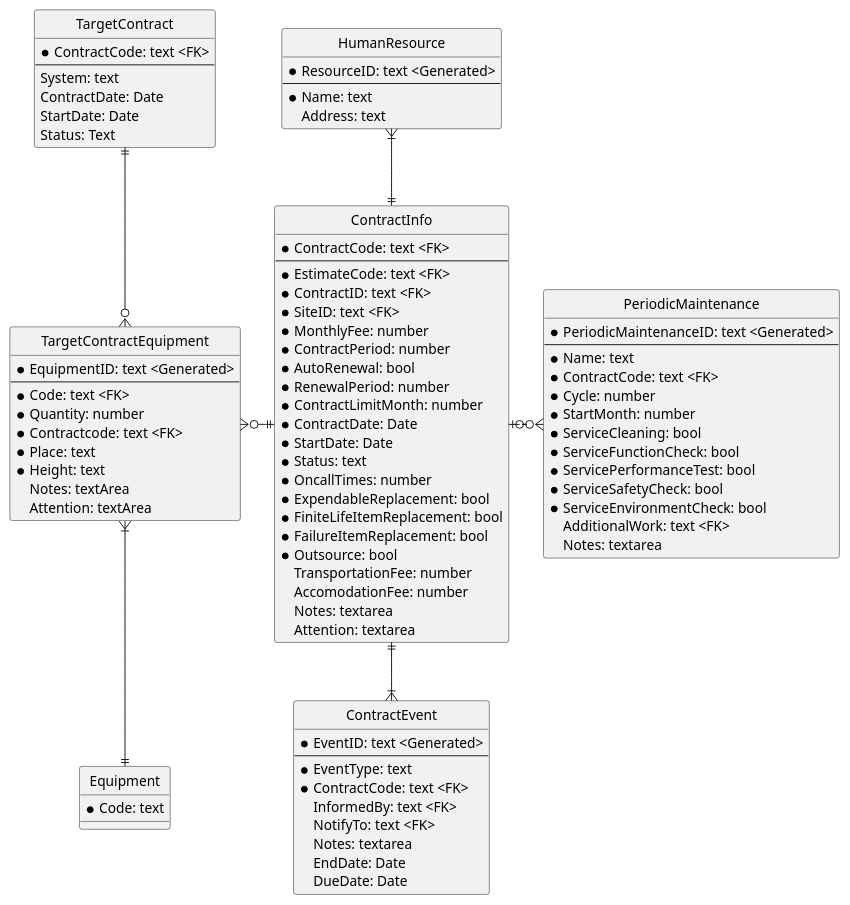
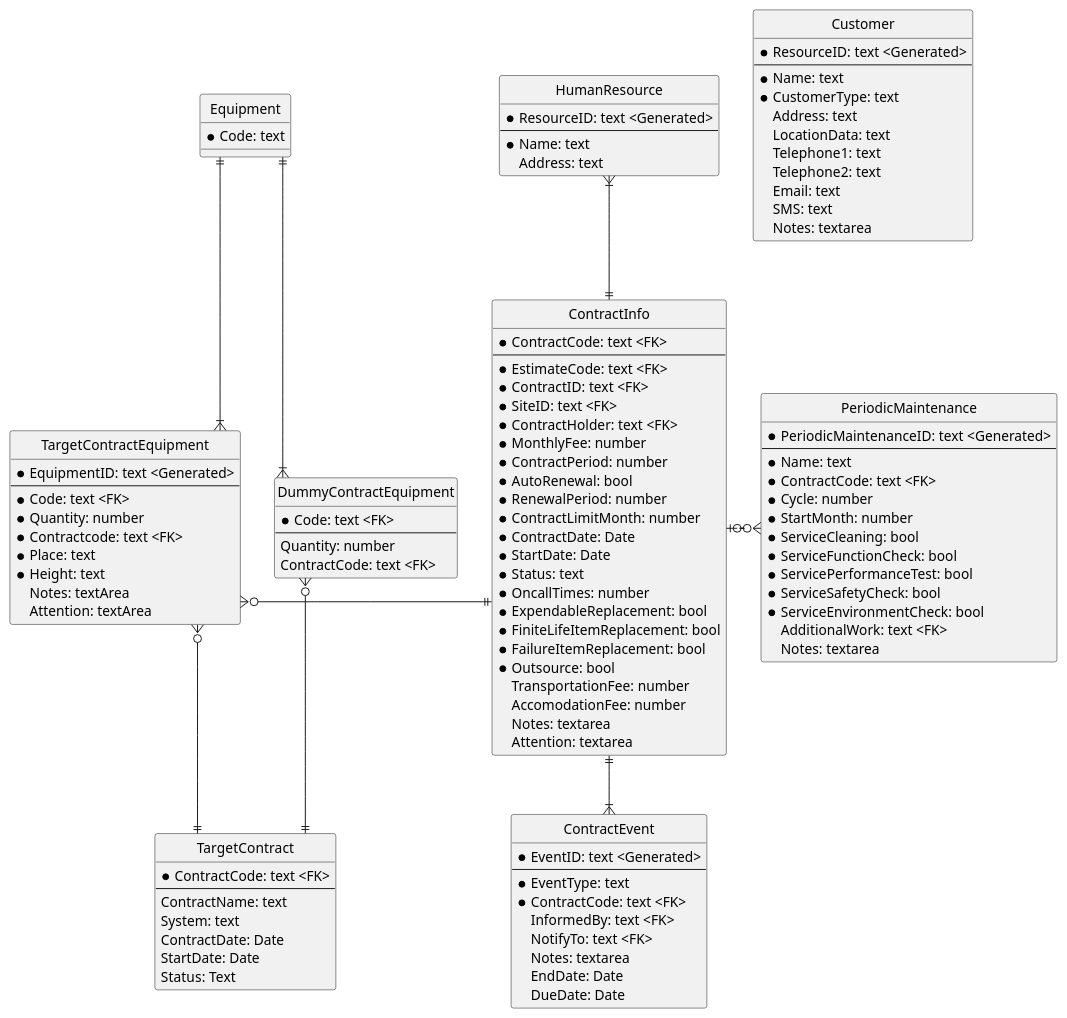
One commit to himiz6912/mms changed the diagram in er_contract.pu. Above: the diagram before and after it, drawn with PlantUML. The commit also changed 4 other files, not shown here.

```diff
--- a/er_contract.pu
+++ b/er_contract.pu
@@ -1,102 +1,127 @@
 @startuml
 hide circle
 skinparam linetype ortho
 
 entity ContractInfo {
     * ContractCode: text <FK>
     --
     * EstimateCode: text <FK>
     * ContractID: text <FK>
     * SiteID: text <FK>
+    * ContractHolder: text <FK>
     * MonthlyFee: number
     * ContractPeriod: number
     * AutoRenewal: bool
     * RenewalPeriod: number
     * ContractLimitMonth: number
     * ContractDate: Date
     * StartDate: Date
     * Status: text
     * OncallTimes: number
     * ExpendableReplacement: bool
     * FiniteLifeItemReplacement: bool
     * FailureItemReplacement: bool
     * Outsource: bool
     TransportationFee: number
     AccomodationFee: number
     Notes: textarea
     Attention: textarea
 }
 ' BuildingType: Office/ Factory/ Warehouse/ House/ Apartment/ Office building/ Store/ .. 
 
 entity ContractEvent {
     * EventID: text <Generated>
     --
     * EventType: text
     * ContractCode: text <FK>
     InformedBy: text <FK>
     NotifyTo: text <FK>
     Notes: textarea
     EndDate: Date
     DueDate: Date
 }
 ' EventType: Generated/ ChangeCondition/ Suspension/ Resume/ Termination
 
 entity TargetContract {
     * ContractCode: text <FK>
     --
+    ContractName: text
     System: text
     ContractDate: Date
     StartDate: Date
     Status: Text
+}
+entity DummyContractEquipment {
+    * Code: text <FK>
+    --
+    Quantity: number
+    ContractCode: text <FK>
 }
 ' It's for demo, actually use CMS of each company.
 
 entity TargetContractEquipment {
     * EquipmentID: text <Generated>
     --
     * Code: text <FK>
     * Quantity: number
     * Contractcode: text <FK>
     * Place: text
     * Height: text
     Notes: textArea
     Attention: textArea
 }
 ' Height: Normal height/ Airial work platform/ Airial Work vehicle
 
 entity PeriodicMaintenance {
     * PeriodicMaintenanceID: text <Generated>
     --
     * Name: text
     * ContractCode: text <FK>
     * Cycle: number
     * StartMonth: number
     * ServiceCleaning: bool
     * ServiceFunctionCheck: bool
     * ServicePerformanceTest: bool
     * ServiceSafetyCheck: bool
     * ServiceEnvironmentCheck: bool
     AdditionalWork: text <FK>
     Notes: textarea
 }
 ' AdditionalWork: array of CheckStandardID
 
 entity Equipment {
     * Code: text
 }
 
+entity Customer {
+    * ResourceID: text <Generated>
+    --
+    * Name: text
+    * CustomerType: text
+    Address: text
+    LocationData: text
+    Telephone1: text
+    Telephone2: text
+    Email: text
+    SMS: text
+    Notes: textarea
+}
+' ResourceType: Company/ Individual
+
 entity HumanResource {
     * ResourceID: text <Generated>
     --
     * Name: text
     Address: text
 }
 
 HumanResource }|--|| ContractInfo
-TargetContract ||-d-o{ TargetContractEquipment
-Equipment ||-u-|{ TargetContractEquipment
+DummyContractEquipment }o--|| TargetContract
+TargetContractEquipment }o--|| TargetContract
+Equipment ||-d-|{ DummyContractEquipment
+Equipment ||-d-|{ TargetContractEquipment
 TargetContractEquipment }o-r-|| ContractInfo
 ContractInfo |o-r-o{ PeriodicMaintenance
 ContractInfo ||--|{ ContractEvent
 
 @enduml
```
